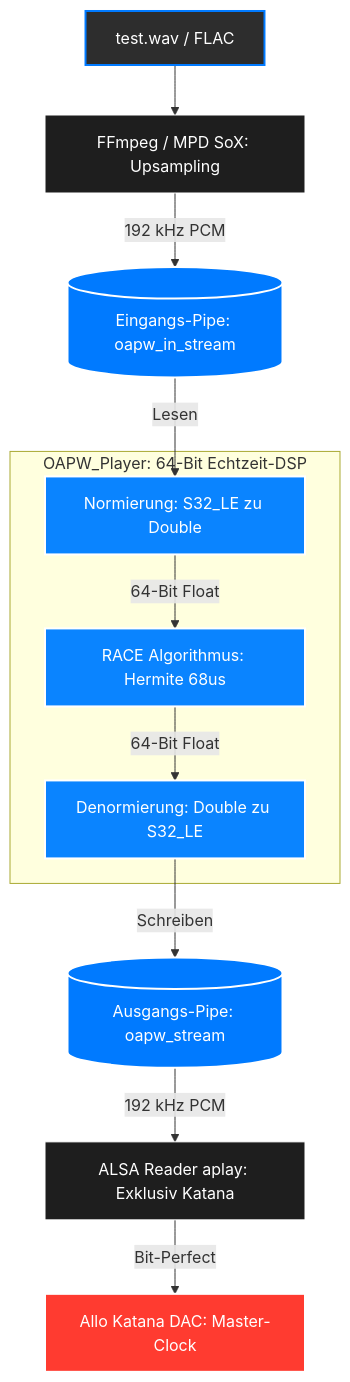
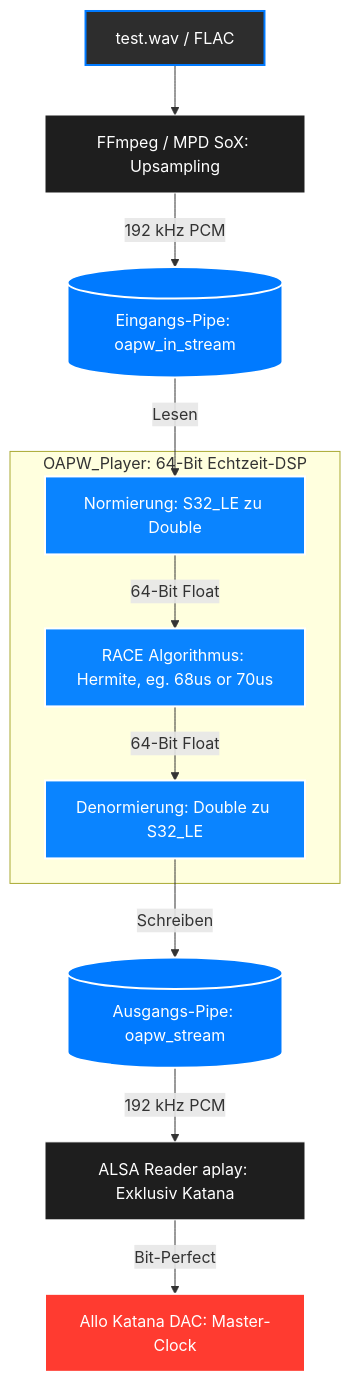
One commit to druthibautgmail/OAPW_192k changed the diagram in README.md. Above: the diagram before and after it, drawn with Mermaid.

Commit message:
Update auf die neueste Version

````diff
--- a/README.md
+++ b/README.md
@@ -64,31 +64,31 @@
 ```mermaid
 graph TD
     classDef file fill:#2d2d2d,stroke:#007aff,stroke-width:2px,color:#fff
     classDef process fill:#1e1e1e,stroke:#fff,stroke-width:1px,color:#fff
     classDef pipe fill:#007aff,stroke:#fff,stroke-width:2px,color:#fff
     classDef dsp fill:#0a84ff,stroke:#fff,stroke-width:2px,color:#fff
     classDef hardware fill:#ff3b30,stroke:#fff,stroke-width:2px,color:#fff
 
     A[test.wav / FLAC]:::file
     B[FFmpeg / MPD SoX: Upsampling]:::process
     C[(Eingangs-Pipe: oapw_in_stream)]:::pipe
     
     subgraph OAPW [OAPW_Player: 64-Bit Echtzeit-DSP]
         D[Normierung: S32_LE zu Double]:::dsp
-        E[RACE Algorithmus: Hermite 68us]:::dsp
+        E[RACE Algorithmus: Hermite, eg. 68us or 70us]:::dsp
         F[Denormierung: Double zu S32_LE]:::dsp
     end
     
     G[(Ausgangs-Pipe: oapw_stream)]:::pipe
     H[ALSA Reader aplay: Exklusiv Katana]:::process
     I[Allo Katana DAC: Master-Clock]:::hardware
 
     A --> B
     B -->|192 kHz PCM| C
     C -->|Lesen| D
     D -->|64-Bit Float| E
     E -->|64-Bit Float| F
     F -->|Schreiben| G
     G -->|192 kHz PCM| H
     H -->|Bit-Perfect| I
 ```
````
